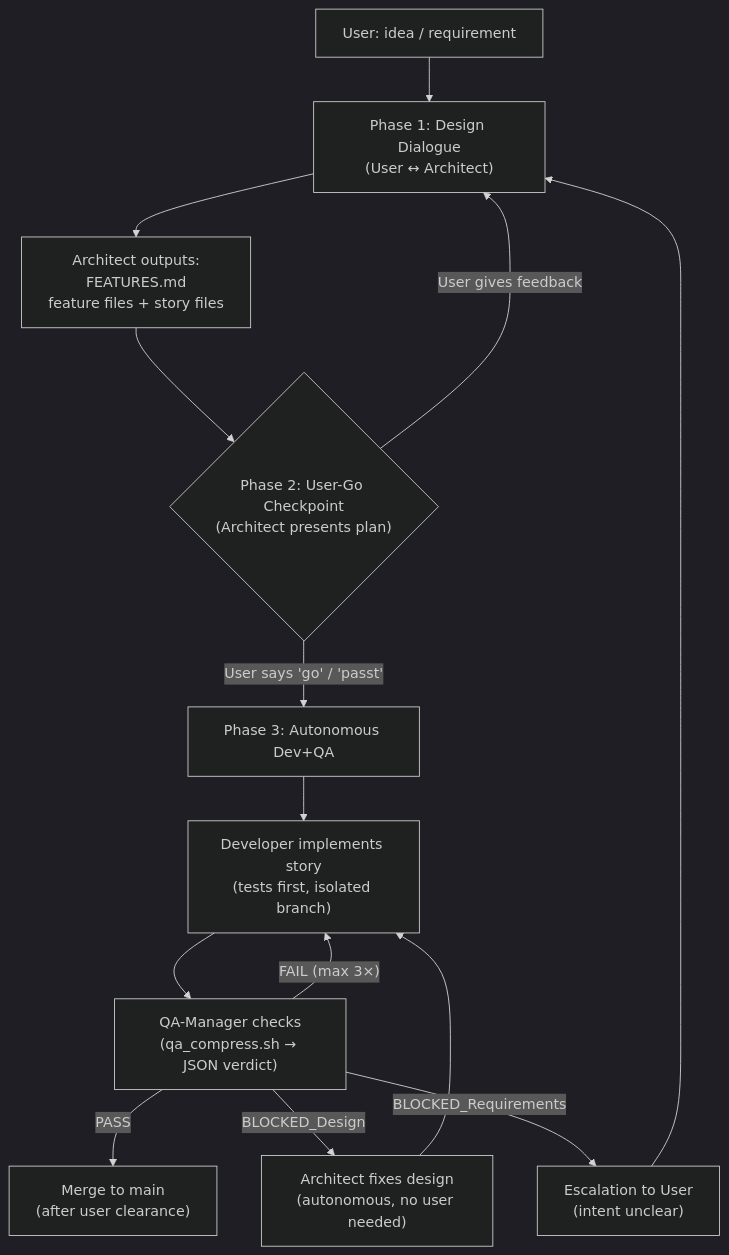
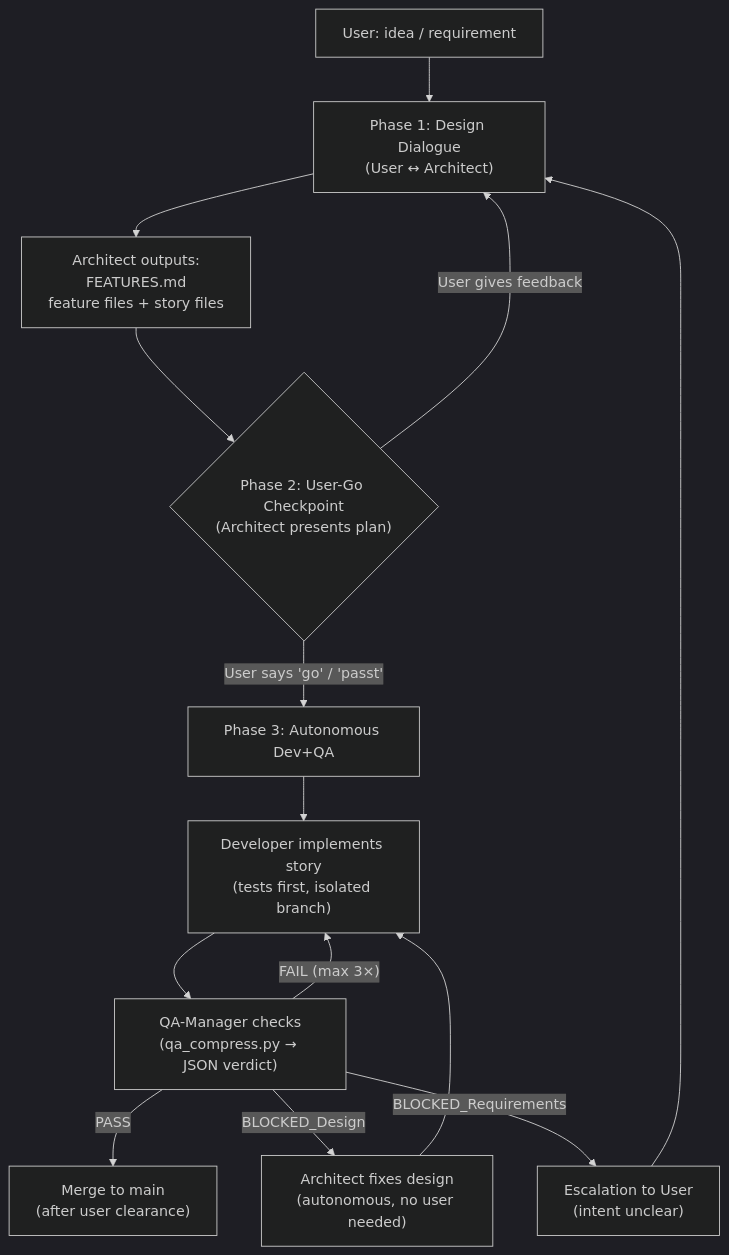
The diagram in README.md (bachmarc/opencode-pipeline), drawn with Mermaid (dark theme) before and after one commit. The commit also changed other lines of this file and 1 other file, not shown here.

````diff
--- a/README.md
+++ b/README.md
@@ -59,17 +59,17 @@
 ```mermaid
 flowchart TD
     A["User: idea / requirement"] --> B["Phase 1: Design Dialogue\n(User ↔ Architect)"]
     B --> C["Architect outputs:\nFEATURES.md\nfeature files + story files"]
     C --> D{"Phase 2: User-Go Checkpoint\n(Architect presents plan)"}
     D -- "User says 'go' / 'passt'" --> E["Phase 3: Autonomous Dev+QA"]
     D -- "User gives feedback" --> B
 
     E --> F["Developer implements story\n(tests first, isolated branch)"]
-    F --> G["QA-Manager checks\n(qa_compress.sh → JSON verdict)"]
+    F --> G["QA-Manager checks\n(qa_compress.py → JSON verdict)"]
     G -- "PASS" --> H["Merge to main\n(after user clearance)"]
     G -- "FAIL (max 3×)" --> F
     G -- "BLOCKED_Design" --> I["Architect fixes design\n(autonomous, no user needed)"]
     I --> F
     G -- "BLOCKED_Requirements" --> J["Escalation to User\n(intent unclear)"]
     J --> B
 ```
````
